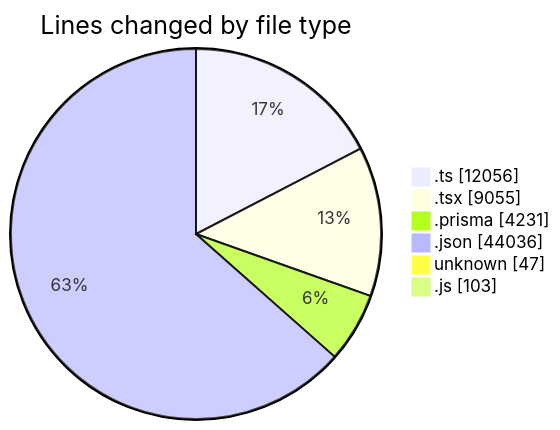
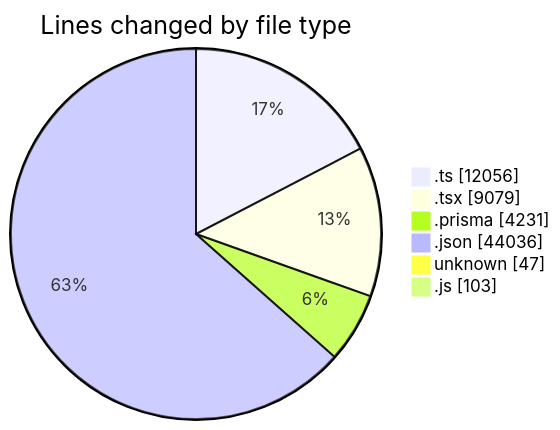
One commit to CELIANVF/code-tracking changed the first of 2 diagrams in 2025-05-19/ecodeli-1/README.md. Above: the diagram before and after it, drawn with Mermaid. The commit also changed other lines of this file and 1 other file, not shown here.

````diff
--- a/2025-05-19/ecodeli-1/README.md
+++ b/2025-05-19/ecodeli-1/README.md
@@ -89,10 +89,10 @@
 ```mermaid
 pie showData
 title Lines changed by file type
 ".ts" : 12056
-".tsx" : 9055
+".tsx" : 9079
 ".prisma" : 4231
 ".json" : 44036
 "unknown" : 47
 ".js" : 103
 ```
````
